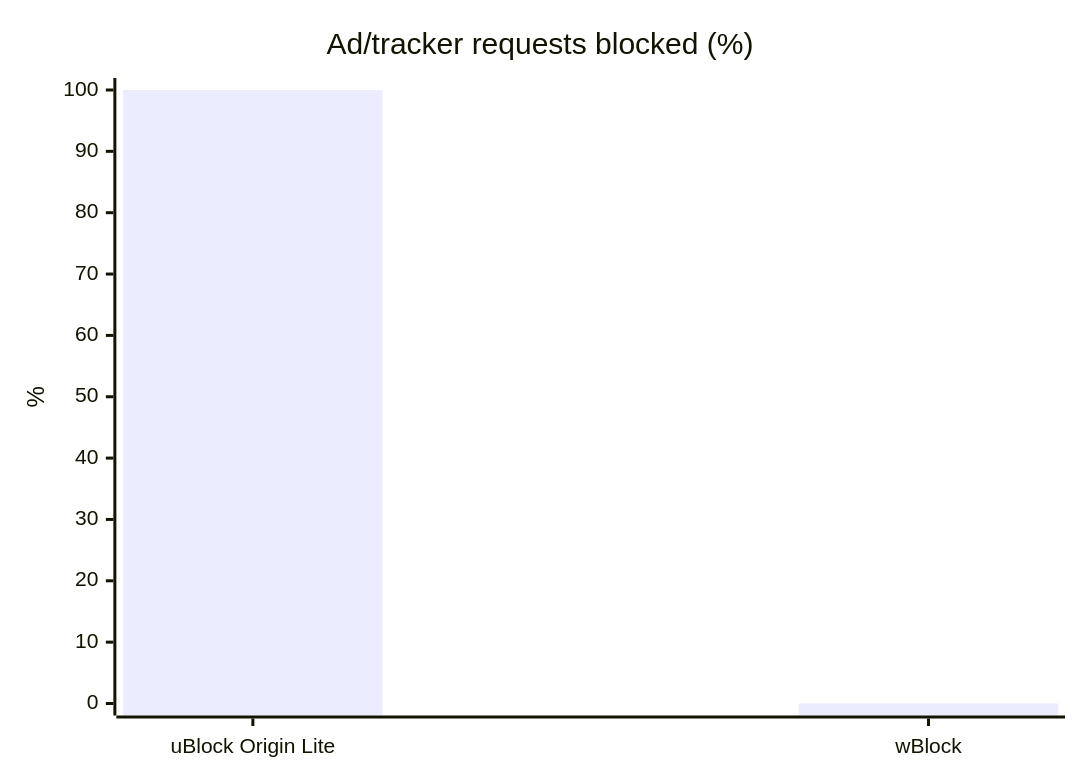
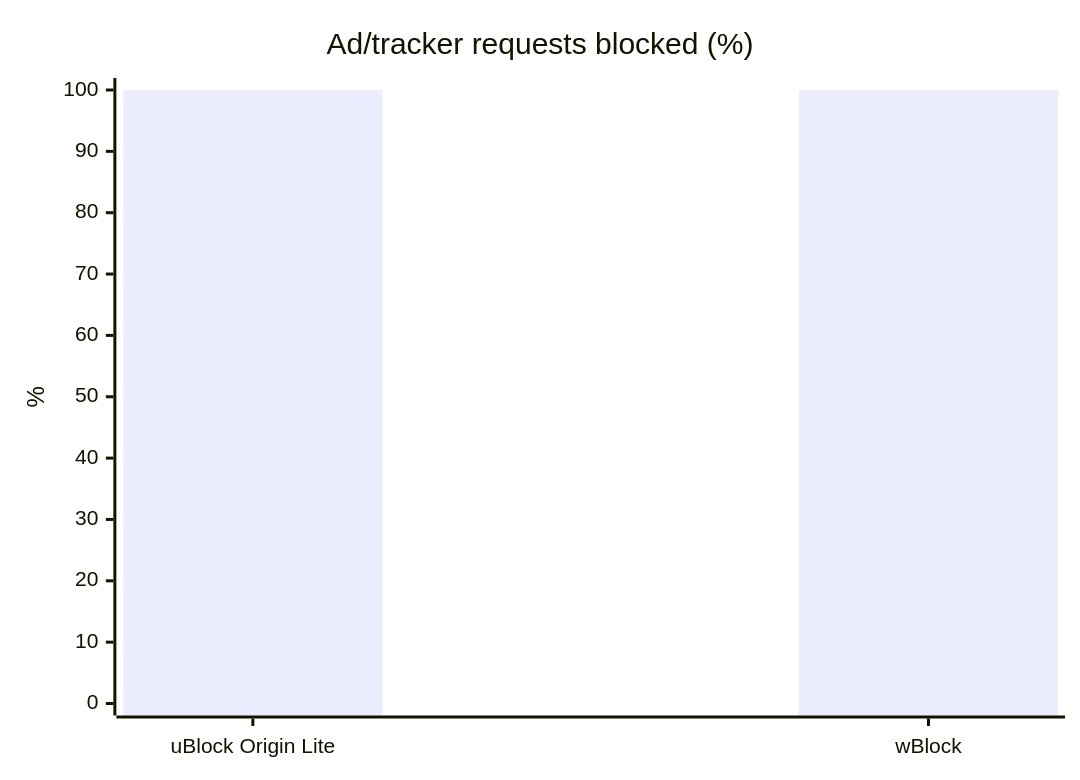
Before and after one commit to btecu/safari-ad: the first of 2 diagrams in README.md, drawn with Mermaid. The commit also changed other lines of this file and 63 other files, not shown here.

````diff
--- a/README.md
+++ b/README.md
@@ -57,7 +57,7 @@
 ```mermaid
 xychart-beta
   title "Ad/tracker requests blocked (%)"
   x-axis ["uBlock Origin Lite", "wBlock"]
   y-axis "%" 0 --> 100
-  bar [100, 0]
+  bar [100, 100]
 ```
````
